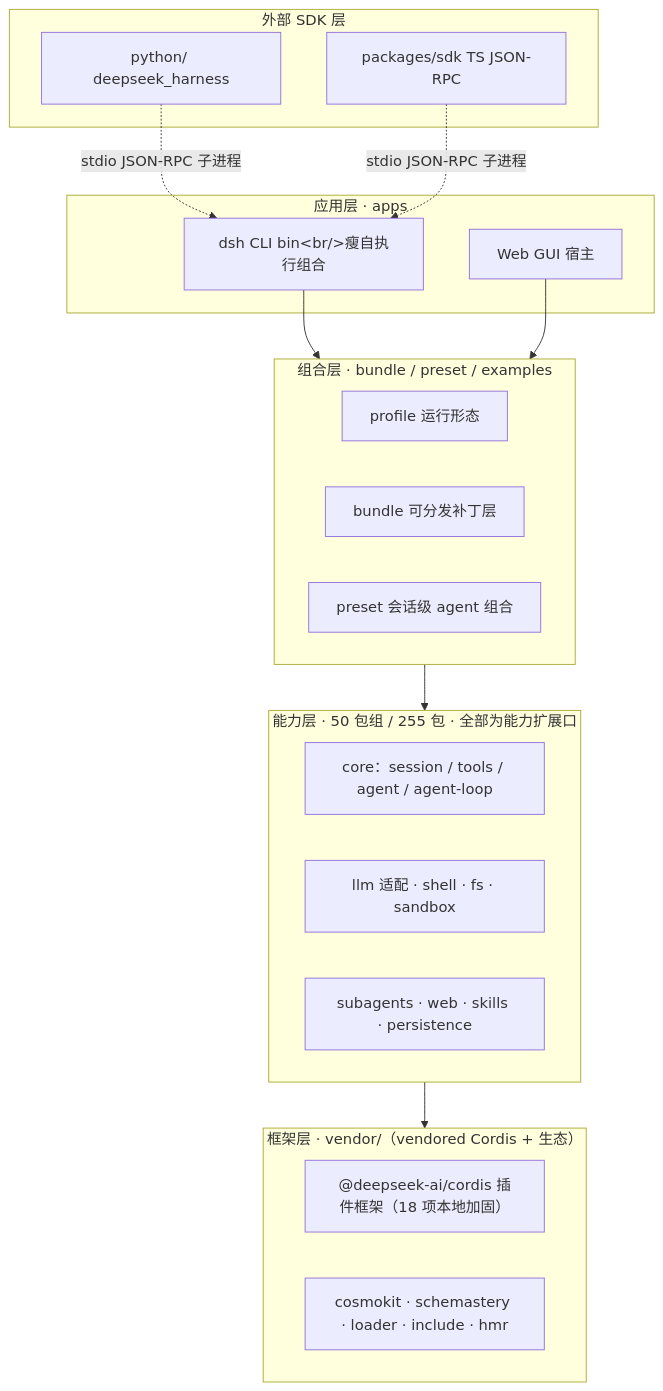
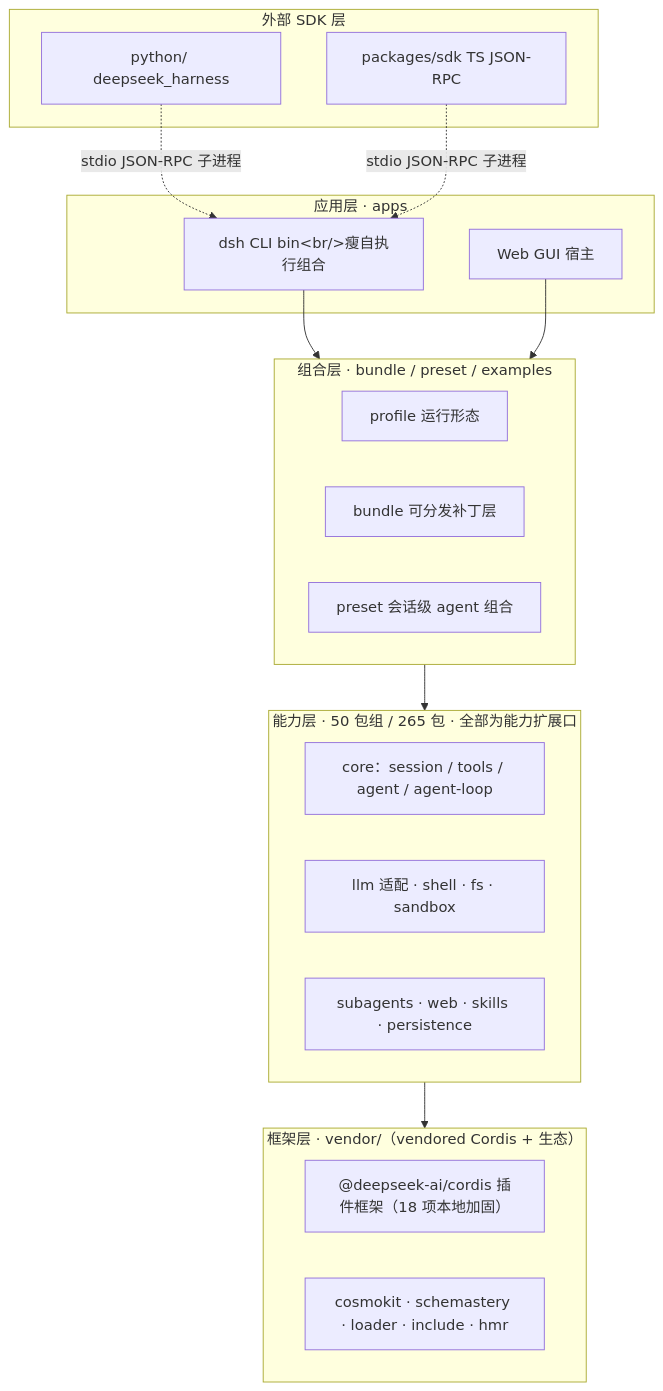
Before and after one commit to ZZKeepCurious/mini-deepseek-harness-python: the diagram in docs/report/01-overview.md, drawn with Mermaid. The commit also changed other lines of this file and 7 other files, not shown here.

````diff
--- a/docs/report/01-overview.md
+++ b/docs/report/01-overview.md
@@ -45,31 +45,31 @@
 ```mermaid
 flowchart TD
   subgraph L1["应用层 · apps"]
     A1["dsh CLI bin&lt;br/&gt;瘦自执行组合"]
     A2["Web GUI 宿主"]
   end
   subgraph L2["组合层 · bundle / preset / examples"]
     B1["profile 运行形态"]
     B2["bundle 可分发补丁层"]
     B3["preset 会话级 agent 组合"]
   end
-  subgraph L3["能力层 · 50 包组 / 255 包 · 全部为能力扩展口"]
+  subgraph L3["能力层 · 50 包组 / 265 包 · 全部为能力扩展口"]
     C1["core：session / tools / agent / agent-loop"]
     C2["llm 适配 · shell · fs · sandbox"]
     C3["subagents · web · skills · persistence"]
   end
   subgraph L4["框架层 · vendor/（vendored Cordis + 生态）"]
     D1["@deepseek-ai/cordis 插件框架（18 项本地加固）"]
     D2["cosmokit · schemastery · loader · include · hmr"]
   end
   subgraph L5["外部 SDK 层"]
     E1["python/ deepseek_harness"]
     E2["packages/sdk TS JSON-RPC"]
   end
   A1 --> L2
   A2 --> L2
   L2 --> L3
   L3 --> L4
   E1 -.stdio JSON-RPC 子进程.-> A1
   E2 -.stdio JSON-RPC 子进程.-> A1
 ```
````
